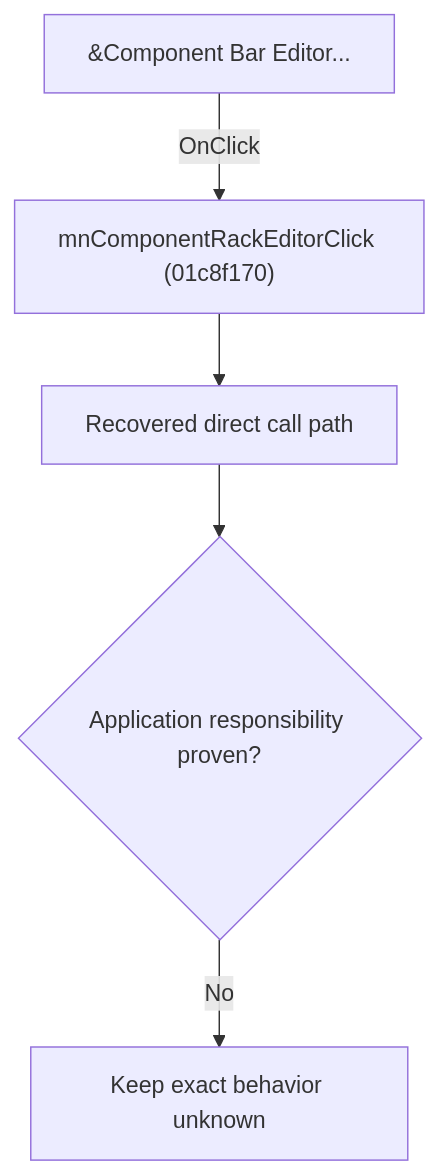
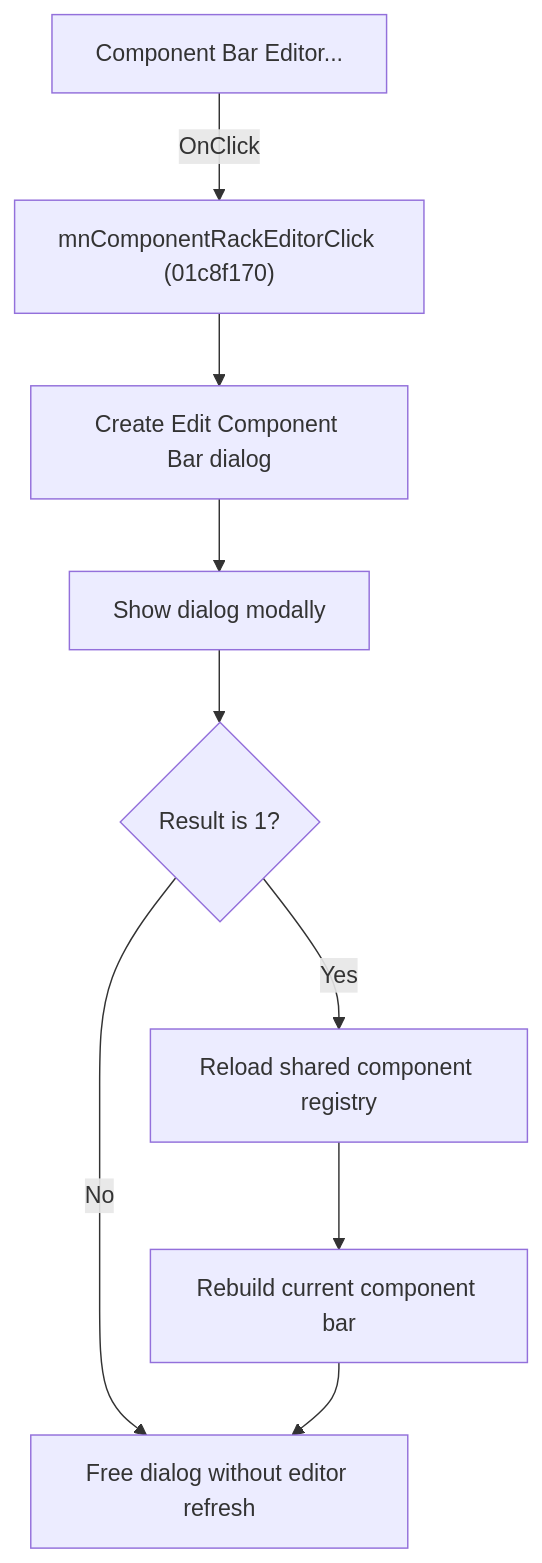
One commit to MovGP0/TIARA changed the diagram in docs/ui-controls/schematiceditor/mncomponentrackeditor-ee4ad86d32.md. Above: the diagram before and after it, drawn with Mermaid. The commit also changed other lines of this file and 241 other files, not shown here.

````diff
--- a/docs/ui-controls/schematiceditor/mncomponentrackeditor-ee4ad86d32.md
+++ b/docs/ui-controls/schematiceditor/mncomponentrackeditor-ee4ad86d32.md
@@ -27,7 +29,11 @@
 ```mermaid
 flowchart TD
-    control["&Component Bar Editor..."] -->|"OnClick"| handler["mnComponentRackEditorClick (01c8f170)"]
-    handler --> recovered["Recovered direct call path"]
-    recovered --> gap{"Application responsibility proven?"}
-    gap -->|"No"| blocked["Keep exact behavior unknown"]
+    control["Component Bar Editor..."] -->|OnClick| handler["mnComponentRackEditorClick (01c8f170)"]
+    handler --> create["Create Edit Component Bar dialog"]
+    create --> modal["Show dialog modally"]
+    modal --> accepted{"Result is 1?"}
+    accepted -->|No| free["Free dialog without editor refresh"]
+    accepted -->|Yes| reload["Reload shared component registry"]
+    reload --> rebuild["Rebuild current component bar"]
+    rebuild --> free
 ```
````
